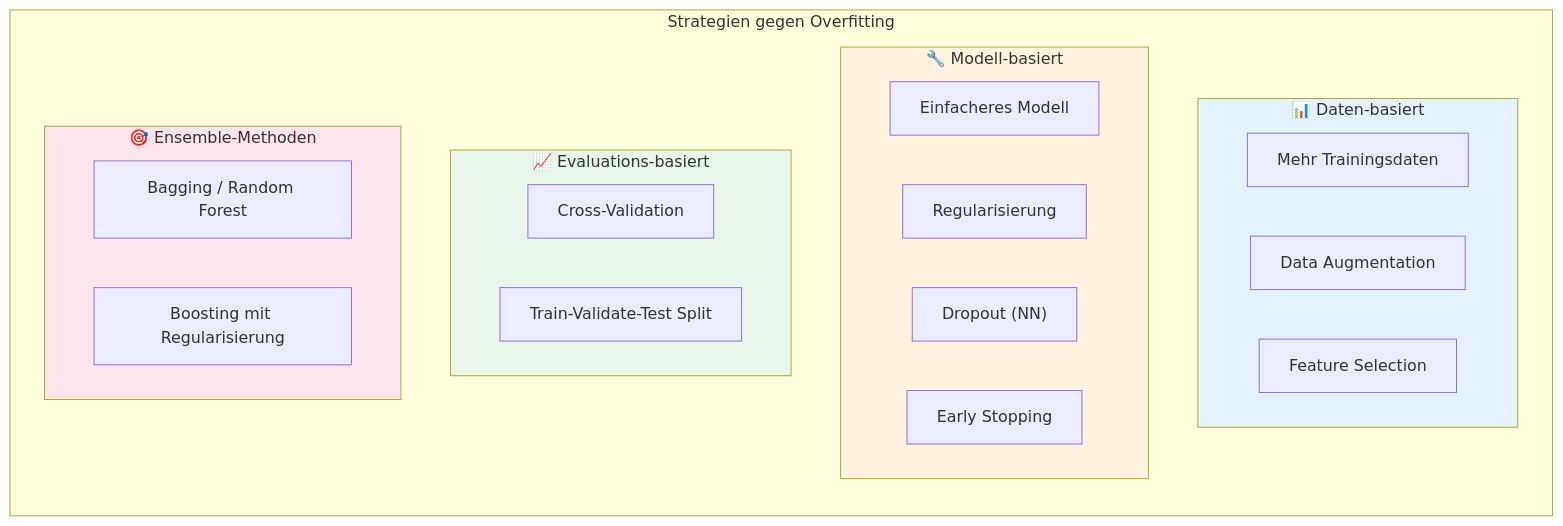
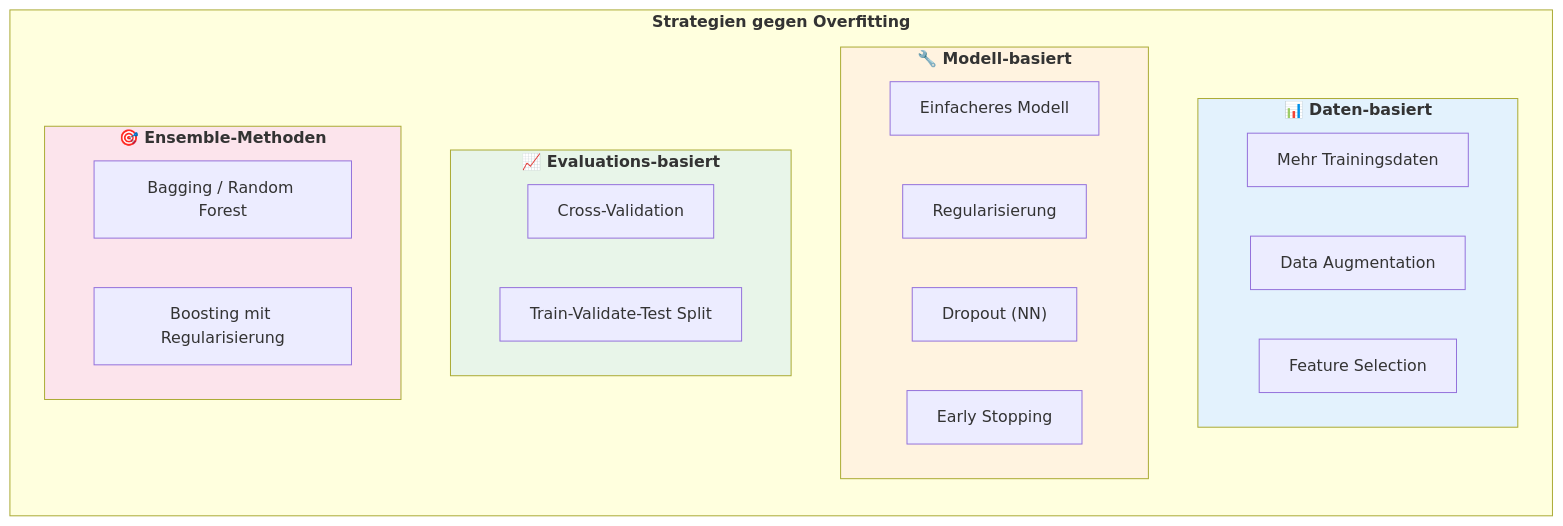
One commit to ralf-42/ML_Intro changed the sixth of 7 diagrams in docs/concepts/evaluate/overfitting.md. Above: the diagram before and after it, drawn with Mermaid. The commit also changed other lines of this file and 6 other files, not shown here.

````diff
--- a/docs/concepts/evaluate/overfitting.md
+++ b/docs/concepts/evaluate/overfitting.md
@@ -342,34 +342,34 @@
 ```mermaid
 flowchart TB
-    subgraph strategies["Strategien gegen Overfitting"]
+    subgraph strategies["<b>Strategien gegen Overfitting"]
         direction TB
         
-        subgraph data["📊 Daten-basiert"]
+        subgraph data["<b>📊 Daten-basiert"]
             D1["Mehr Trainingsdaten"]
             D2["Data Augmentation"]
             D3["Feature Selection"]
         end
         
-        subgraph model["🔧 Modell-basiert"]
+        subgraph model["<b>🔧 Modell-basiert"]
             M1["Einfacheres Modell"]
             M2["Regularisierung"]
             M3["Dropout (NN)"]
             M4["Early Stopping"]
         end
         
-        subgraph eval["📈 Evaluations-basiert"]
+        subgraph eval["<b>📈 Evaluations-basiert"]
             E1["Cross-Validation"]
             E2["Train-Validate-Test Split"]
         end
         
-        subgraph ensemble["🎯 Ensemble-Methoden"]
+        subgraph ensemble["<b>🎯 Ensemble-Methoden"]
             EN1["Bagging / Random Forest"]
             EN2["Boosting mit Regularisierung"]
         end
     end
     
     style data fill:#e3f2fd
     style model fill:#fff3e0
     style eval fill:#e8f5e9
     style ensemble fill:#fce4ec
 ```
````
